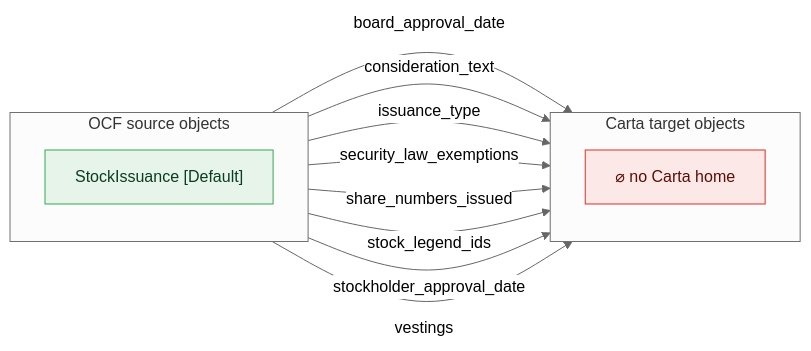
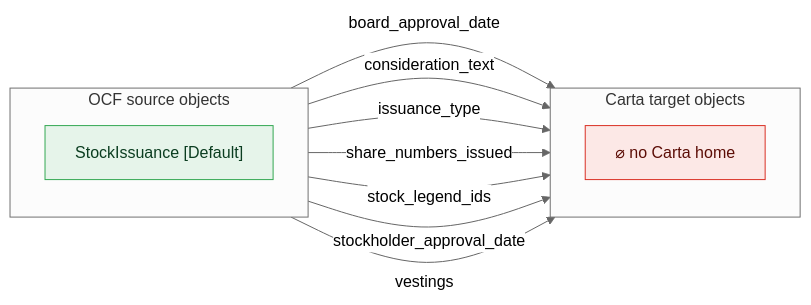
The fourth of 32 diagrams in core-rich/core-gaps.md (Open-Cap-Table-Coalition/OCF-Composed-Schemas), drawn with Mermaid (neutral theme) before and after one commit. The commit also changed other lines of this file and 12 other files, not shown here.

First line of the commit message:
Core: map security_law_exemptions + reason_text (fix false drops)

````diff
--- a/core-rich/core-gaps.md
+++ b/core-rich/core-gaps.md
@@ -103,23 +101,22 @@
 ```mermaid
 flowchart LR
   classDef adm fill:#e6f4ea,stroke:#34a853,color:#0b3d20;
   classDef notadm fill:#f1f3f4,stroke:#9aa0a6,color:#5f6368,stroke-dasharray:4 3;
   classDef carta fill:#e8f0fe,stroke:#1a73e8,color:#0d2b66;
   classDef sink fill:#fce8e6,stroke:#d93025,color:#5c0d06;
   subgraph SRC["OCF source objects"]
     direction TB
     o0["StockIssuance [Default]"]:::adm
   end
   subgraph TGT["Carta target objects"]
     direction TB
     sink["⌀ no Carta home"]:::sink
   end
   o0 -->|"board_approval_date"| sink
   o0 -->|"consideration_text"| sink
   o0 -->|"issuance_type"| sink
-  o0 -->|"security_law_exemptions"| sink
   o0 -->|"share_numbers_issued"| sink
   o0 -->|"stock_legend_ids"| sink
   o0 -->|"stockholder_approval_date"| sink
   o0 -->|"vestings"| sink
 ```
````
